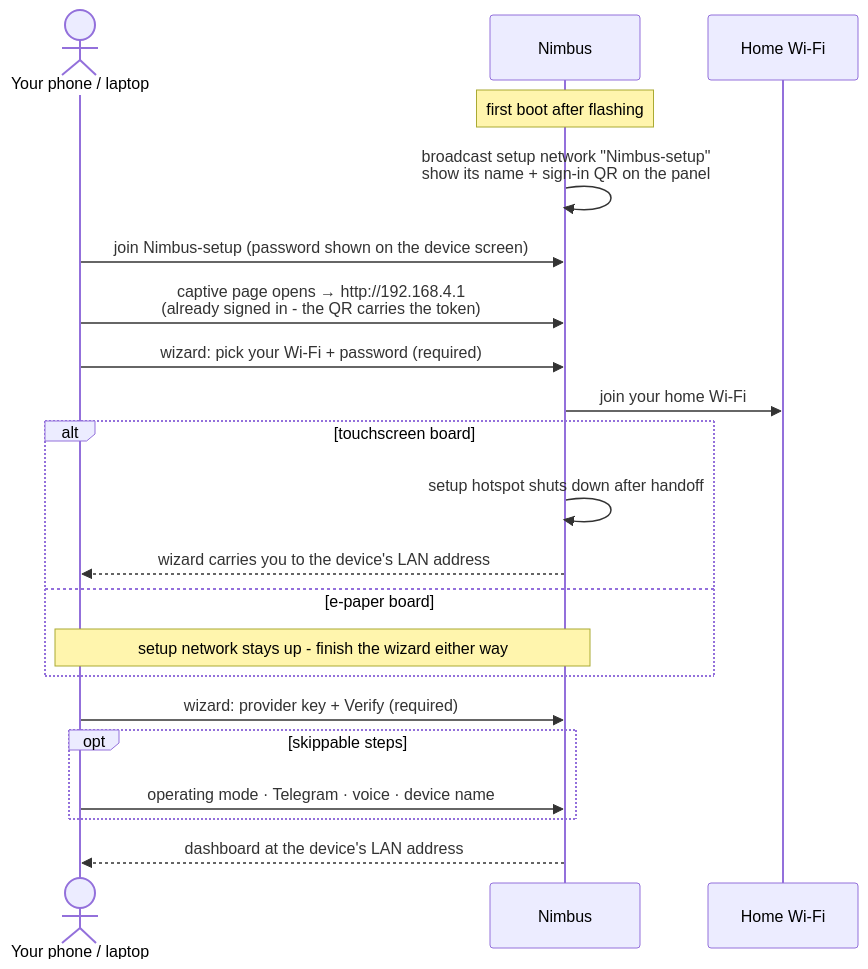
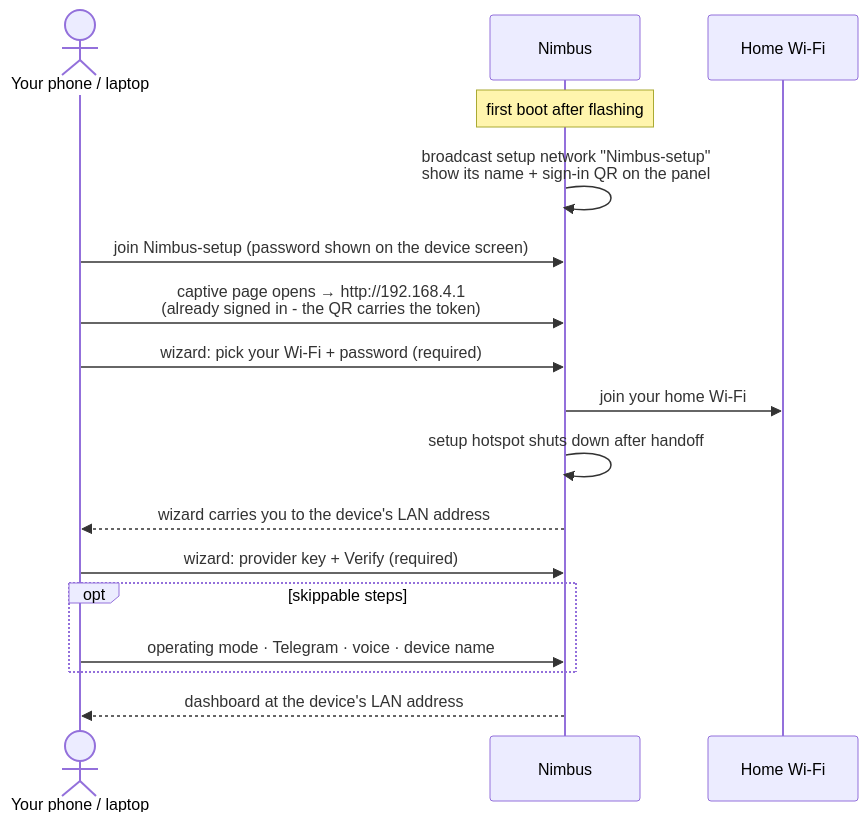
The diagram in docs/quick-start/setup-wizard.md (ristllin/Nimbus), drawn with Mermaid before and after one commit. The commit also changed 6 other files, not shown here.

````diff
--- a/docs/quick-start/setup-wizard.md
+++ b/docs/quick-start/setup-wizard.md
@@ -10,24 +10,20 @@
 ```mermaid
 sequenceDiagram
   actor You as Your phone / laptop
   participant Dev as Nimbus
   participant LAN as Home Wi-Fi
 
   Note over Dev: first boot after flashing
   Dev->>Dev: broadcast setup network "Nimbus-setup"<br/>show its name + sign-in QR on the panel
   You->>Dev: join Nimbus-setup (password shown on the device screen)
   You->>Dev: captive page opens → http://192.168.4.1<br/>(already signed in - the QR carries the token)
   You->>Dev: wizard: pick your Wi-Fi + password (required)
   Dev->>LAN: join your home Wi-Fi
-  alt touchscreen board
-    Dev->>Dev: setup hotspot shuts down after handoff
-    Dev-->>You: wizard carries you to the device's LAN address
-  else e-paper board
-    Note over You,Dev: setup network stays up - finish the wizard either way
-  end
+  Dev->>Dev: setup hotspot shuts down after handoff
+  Dev-->>You: wizard carries you to the device's LAN address
   You->>Dev: wizard: provider key + Verify (required)
   opt skippable steps
     You->>Dev: operating mode · Telegram · voice · device name
   end
   Dev-->>You: dashboard at the device's LAN address
 ```
````
